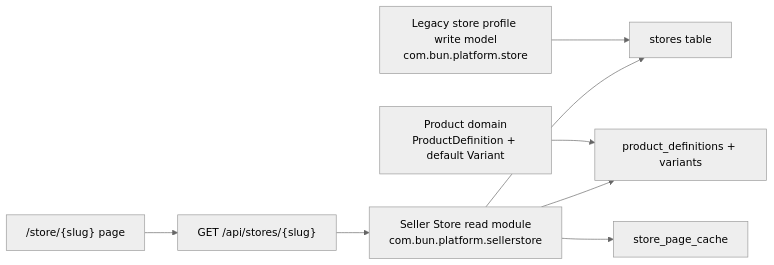
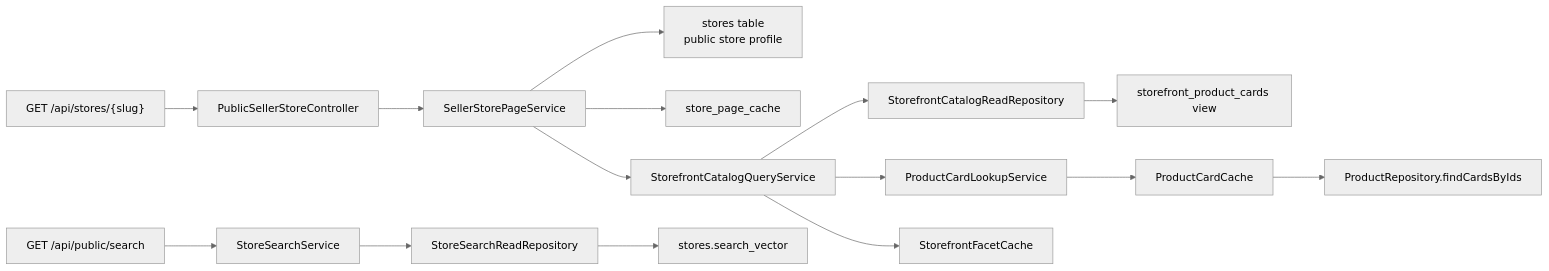
The first of 8 diagrams in documentation/12-seller-store-uml.md (mohammadAlhajeen/bun_commerce-public), drawn with Mermaid (neutral theme) before and after one commit. The commit also changed other lines of this file and 29 other files, not shown here.

````diff
--- a/documentation/12-seller-store-uml.md
+++ b/documentation/12-seller-store-uml.md
@@ -5,10 +5,20 @@
 ```mermaid
 flowchart LR
-    SellerProfile["Legacy store profile write model\ncom.bun.platform.store"] --> StoreRow["stores table"]
-    ProductDomain["Product domain\nProductDefinition + default Variant"] --> ProductTables["product_definitions + variants"]
-    SellerStore["Seller Store read module\ncom.bun.platform.sellerstore"] --> StoreRow
-    SellerStore --> ProductTables
-    SellerStore --> Cache["store_page_cache"]
-    PublicApi["GET /api/stores/{slug}"] --> SellerStore
-    Frontend["/store/{slug} page"] --> PublicApi
+    PublicApi["GET /api/stores/{slug}"] --> Controller["PublicSellerStoreController"]
+    Controller --> StorePage["SellerStorePageService"]
+
+    StorePage --> StoreProfile["stores table\npublic store profile"]
+    StorePage --> FullPageCache["store_page_cache"]
+    StorePage --> Catalog["StorefrontCatalogQueryService"]
+
+    Catalog --> CatalogRepo["StorefrontCatalogReadRepository"]
+    CatalogRepo --> StorefrontView["storefront_product_cards view"]
+    Catalog --> CardLookup["ProductCardLookupService"]
+    CardLookup --> CardCache["ProductCardCache"]
+    CardCache --> ProductRepo["ProductRepository.findCardsByIds"]
+    Catalog --> FacetCache["StorefrontFacetCache"]
+
+    GlobalSearch["GET /api/public/search"] --> StoreSearch["StoreSearchService"]
+    StoreSearch --> StoreSearchRepo["StoreSearchReadRepository"]
+    StoreSearchRepo --> StoreFts["stores.search_vector"]
 ```
````
